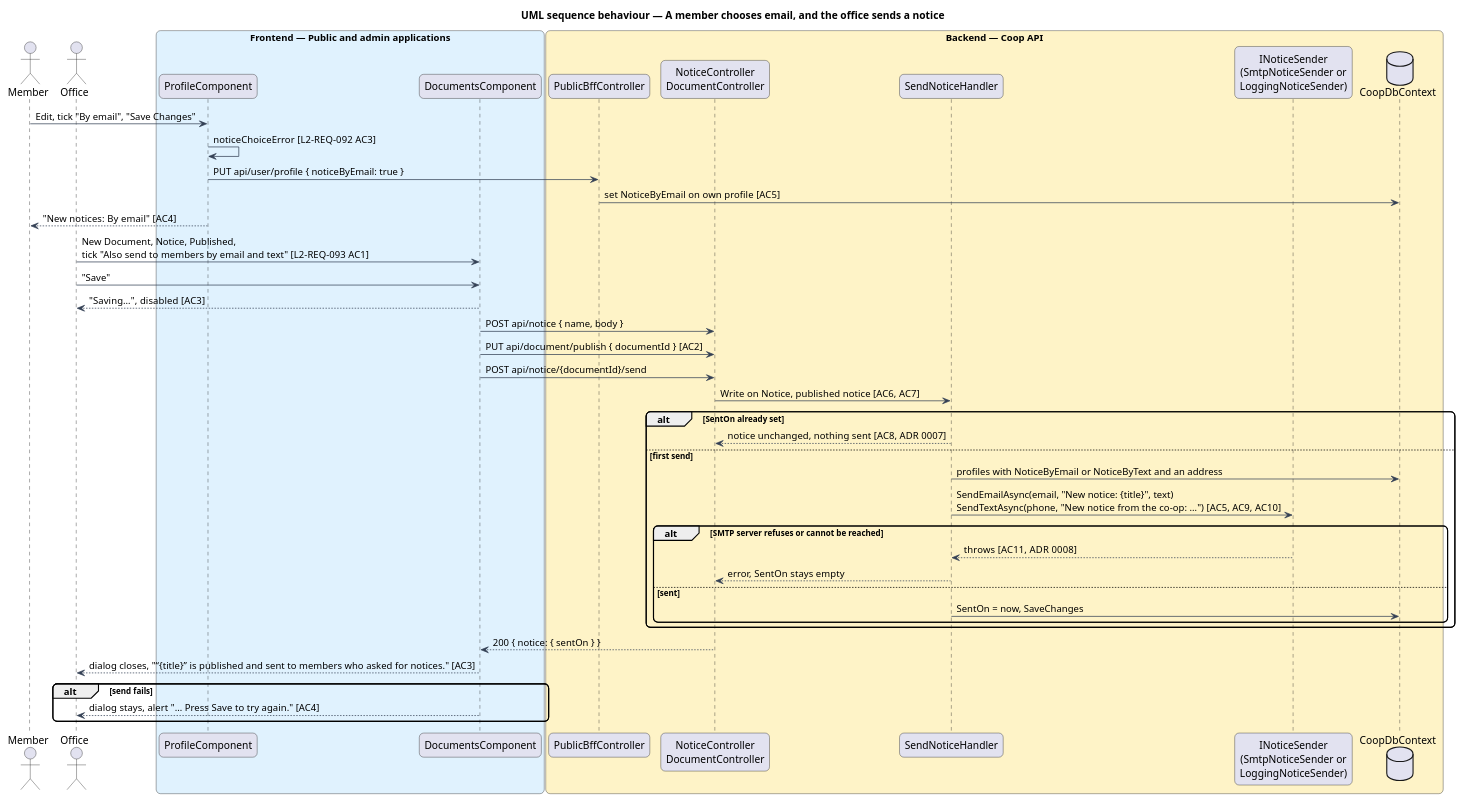
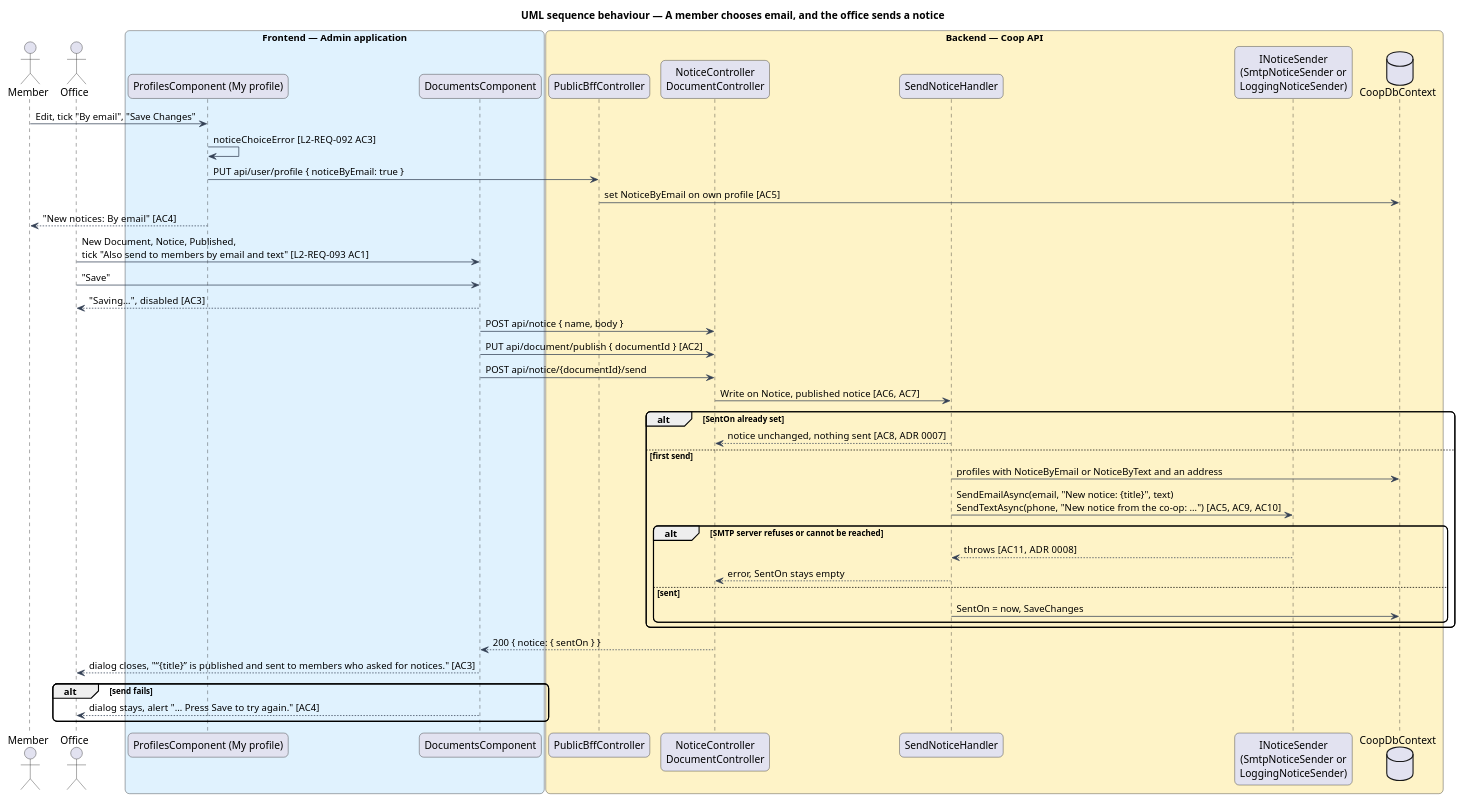
The diagram in docs/detailed-designs/admin-app/send-notices/diagrams/sequence-choose-and-send.puml (QuinntyneBrown/Coop), drawn with PlantUML before and after one commit. The commit also changed 26 other files, not shown here.

```diff
--- a/docs/detailed-designs/admin-app/send-notices/diagrams/sequence-choose-and-send.puml
+++ b/docs/detailed-designs/admin-app/send-notices/diagrams/sequence-choose-and-send.puml
@@ -1,50 +1,50 @@
 @startuml
 title UML sequence behaviour — A member chooses email, and the office sends a notice
 skinparam backgroundColor #FFFFFF
 skinparam shadowing false
 skinparam roundcorner 12
 skinparam defaultFontName Arial
 skinparam ArrowColor #344054
 actor "Member" as member
 actor "Office" as office
-box "Frontend — Public and admin applications" #E0F2FE
-  participant "ProfileComponent" as profile
+box "Frontend — Admin application" #E0F2FE
+  participant "ProfilesComponent (My profile)" as profile
   participant "DocumentsComponent" as documents
 end box
 box "Backend — Coop API" #FEF3C7
   participant "PublicBffController" as bff
   participant "NoticeController\nDocumentController" as controller
   participant "SendNoticeHandler" as handler
   participant "INoticeSender\n(SmtpNoticeSender or\nLoggingNoticeSender)" as sender
   database "CoopDbContext" as db
 end box
 member -> profile : Edit, tick "By email", "Save Changes"
 profile -> profile : noticeChoiceError  [L2-REQ-092 AC3]
 profile -> bff : PUT api/user/profile { noticeByEmail: true }
 bff -> db : set NoticeByEmail on own profile  [AC5]
 profile --> member : "New notices: By email"  [AC4]
 office -> documents : New Document, Notice, Published,\ntick "Also send to members by email and text"  [L2-REQ-093 AC1]
 office -> documents : "Save"
 documents --> office : "Saving…", disabled  [AC3]
 documents -> controller : POST api/notice { name, body }
 documents -> controller : PUT api/document/publish { documentId }  [AC2]
 documents -> controller : POST api/notice/{documentId}/send
 controller -> handler : Write on Notice, published notice  [AC6, AC7]
 alt SentOn already set
   handler --> controller : notice unchanged, nothing sent  [AC8, ADR 0007]
 else first send
   handler -> db : profiles with NoticeByEmail or NoticeByText and an address
   handler -> sender : SendEmailAsync(email, "New notice: {title}", text)\nSendTextAsync(phone, "New notice from the co-op: …")  [AC5, AC9, AC10]
   alt SMTP server refuses or cannot be reached
     sender --> handler : throws  [AC11, ADR 0008]
     handler --> controller : error, SentOn stays empty
   else sent
     handler -> db : SentOn = now, SaveChanges
   end
 end
 controller --> documents : 200 { notice: { sentOn } }
 documents --> office : dialog closes, "“{title}” is published and sent to members who asked for notices."  [AC3]
 alt send fails
   documents --> office : dialog stays, alert "… Press Save to try again."  [AC4]
 end
 @enduml
```
